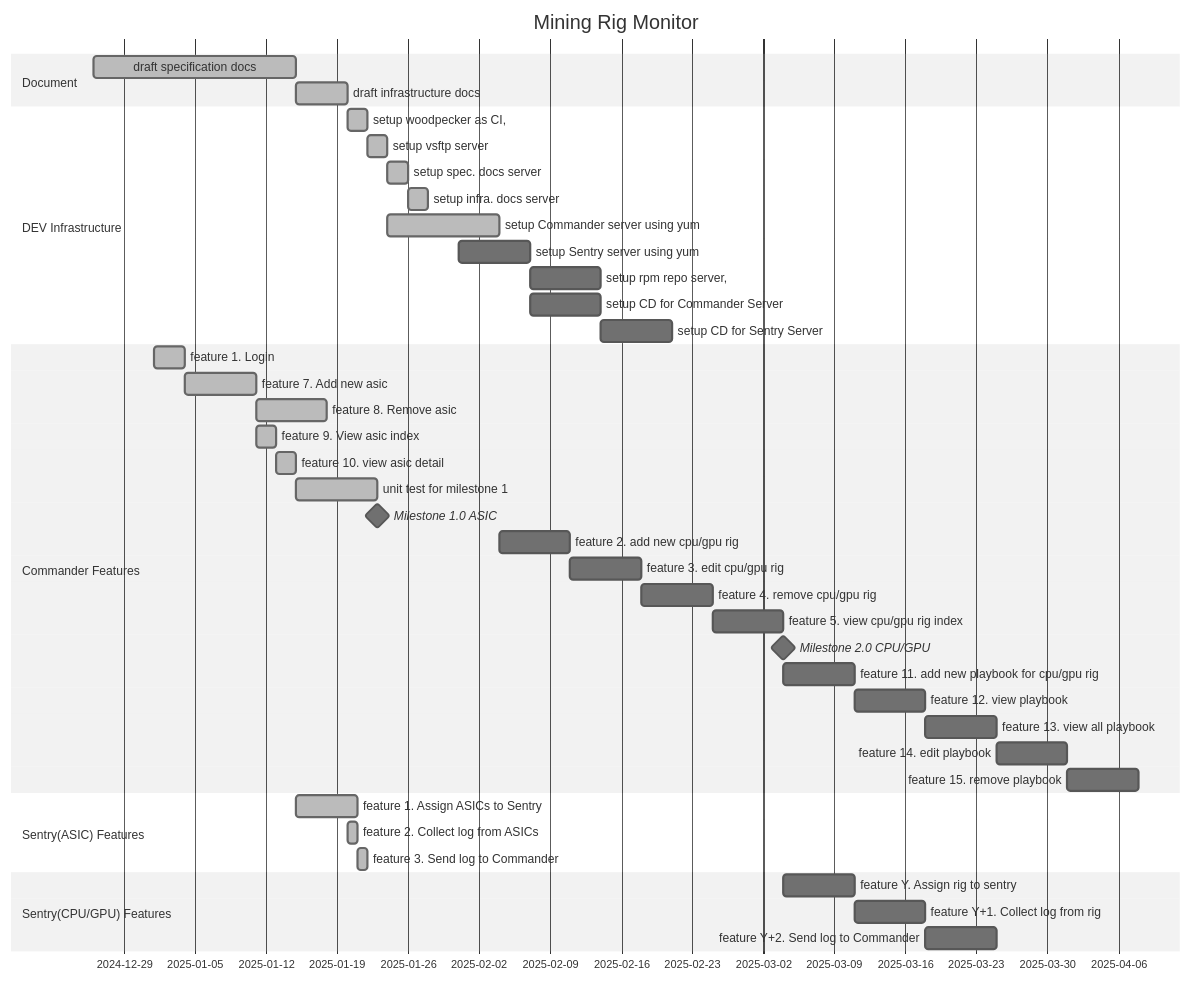
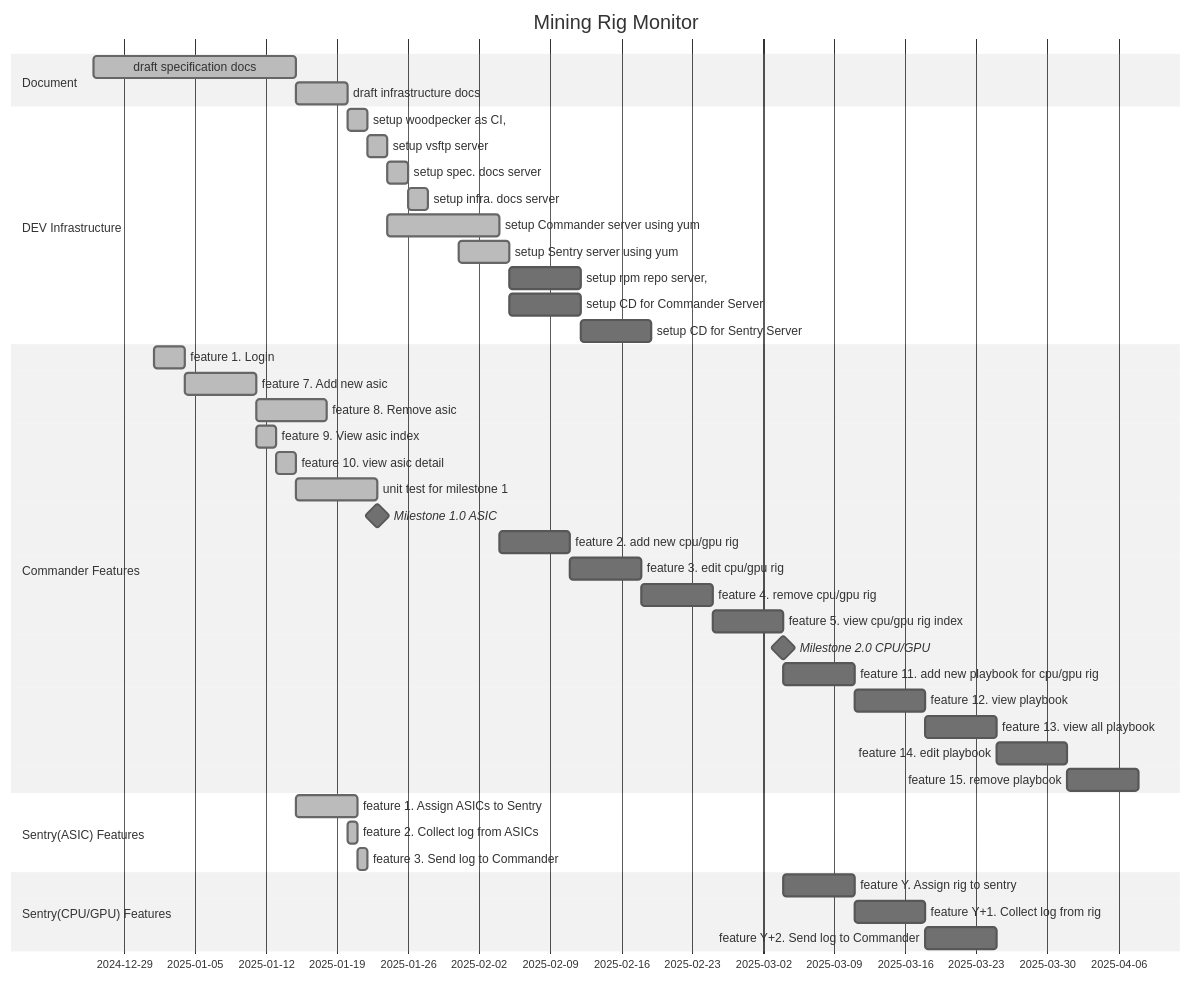
Before and after one commit to nguyenvinhlinh/Mining-Rig-Monitor-Document: the diagram in docs/06-project-management.md, drawn with Mermaid (neutral theme). The commit also changed 3 other files, not shown here.

````diff
--- a/docs/06-project-management.md
+++ b/docs/06-project-management.md
@@ -8,55 +8,55 @@
 ```mermaid
 gantt
     title Mining Rig Monitor
     dateFormat YYYY-MM-DD
 
     section Document
         draft specification  docs      :done, wsd, 2024-12-26, 20d
         draft infrastructure docs      :done, wid, after wsd, 5d
     section DEV Infrastructure
         setup woodpecker as CI,        :done, swci, after wid, 2d
         setup vsftp server             :done, svsftp, after swci, 2d
         setup spec. docs server        :done, ssds, after svsftp, 2d
         setup infra. docs server       :done, sids, after ssds, 2d
 
 
         setup Commander server using yum :done, scs, 2025-01-24, 2025-02-04
-        setup Sentry server using yum    :sss, 2025-01-31, 1w
+        setup Sentry server using yum    :done, sss, 2025-01-31, 2025-02-05
         setup rpm repo server,          :srps, after sss, 1w
         setup CD for Commander Server   :scdcs, after sss, 1w
         setup CD for Sentry Server      :scdss, after scdcs, 1w
     section Commander Features
         feature  1. Login              :done, f01, 2025-01-01, 3d
 
         feature  7. Add new asic       :done, f07, after f01, 1w
         feature  8. Remove asic        :done, f08, after f07, 1w
         feature  9. View asic index    :done, f09, 2025-01-11, 2025-01-13
         feature 10. view asic detail   :done, f10, 2025-01-13, 2025-01-15
         unit test for milestone 1      :done, ut1, 2025-01-15, 2025-01-23
 
         Milestone 1.0 ASIC:            milestone, m1, 2025-01-23, 4m
 
         feature 2. add new cpu/gpu rig    :f02, after scs, 1w
         feature 3. edit cpu/gpu rig       :f03, after f02, 1w
         feature 4. remove cpu/gpu rig     :f04, after f03, 1w
         feature 5. view cpu/gpu rig index :f05, after f04, 1w
 
         Milestone 2.0 CPU/GPU: milestone, m2, after f05, 2m
 
         feature 11. add new playbook for cpu/gpu rig  :f11, after f05, 1w
         feature 12. view playbook                     :f12, after f11, 1w
         feature 13. view all playbook                 :f13, after f12, 1w
         feature 14. edit playbook                     :f14, after f13, 1w
         feature 15. remove playbook                   :f15, after f14, 1w
 
     section Sentry(ASIC) Features
         feature 1. Assign ASICs to Sentry    :done, aats, 2025-01-15, 2025-01-21
         feature 2. Collect log from ASICs    :done, clfa, 2025-01-20, 2025-01-21
         feature 3. Send log to Commander     :done, sltc, 2025-01-21, 2025-01-22
 
     section Sentry(CPU/GPU) Features
         feature Y. Assign rig to sentry    :fy, after f05, 1w
         feature Y+1. Collect log from rig  :fy1, after fy, 1w
         feature Y+2. Send log to Commander :fy2, after fy1, 1w
 
 ```
````
